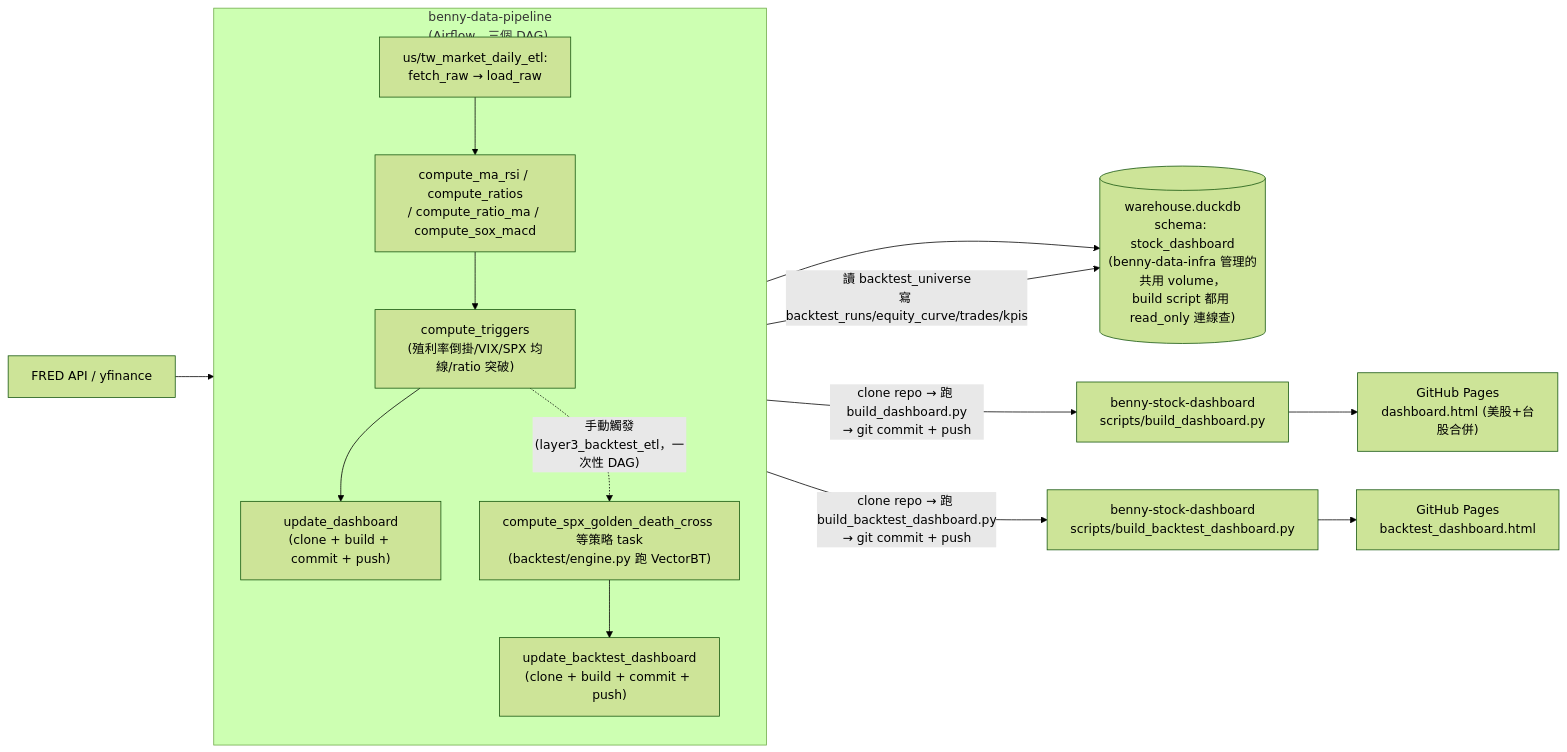
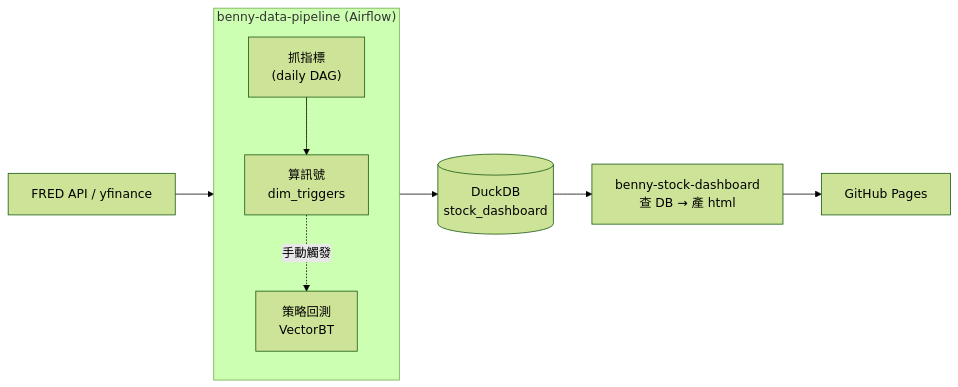
Before and after one commit to Benny0624/benny-stock-dashboard: the diagram in README.md, drawn with Mermaid (forest theme). The commit also changed other lines of this file, not shown here.

````diff
--- a/README.md
+++ b/README.md
@@ -47,18 +120,12 @@
 ```mermaid
 flowchart LR
-    API["FRED API / yfinance"] --> DAG
-    subgraph DAG["benny-data-pipeline<br/>(Airflow，三個 DAG)"]
+    Src["FRED API / yfinance"] --> Pipe
+    subgraph Pipe["benny-data-pipeline (Airflow)"]
         direction TB
-        Fetch["us/tw_market_daily_etl:<br/>fetch_raw → load_raw"] --> Silver["compute_ma_rsi / compute_ratios<br/>/ compute_ratio_ma / compute_sox_macd"]
-        Silver --> Triggers["compute_triggers<br/>(殖利率倒掛/VIX/SPX 均線/ratio 突破)"]
-        Triggers --> UpdateDash["update_dashboard<br/>(clone + build + commit + push)"]
-        Triggers -.->|"手動觸發<br/>(layer3_backtest_etl，一次性 DAG)"| Backtest["compute_spx_golden_death_cross 等策略 task<br/>(backtest/engine.py 跑 VectorBT)"]
-        Backtest --> UpdateBacktestDash["update_backtest_dashboard<br/>(clone + build + commit + push)"]
+        A["抓指標<br/>(daily DAG)"] --> B["算訊號<br/>dim_triggers"]
+        B -.->|手動觸發| C["策略回測<br/>VectorBT"]
     end
-    UpdateDash --> DuckDB[("warehouse.duckdb<br/>schema: stock_dashboard<br/>(benny-data-infra 管理的共用 volume，<br/>build script 都用 read_only 連線查)")]
-    Backtest -->|"讀 backtest_universe<br/>寫 backtest_runs/equity_curve/trades/kpis"| DuckDB
-    UpdateDash -- "clone repo → 跑 build_dashboard.py<br/>→ git commit + push" --> Build["benny-stock-dashboard<br/>scripts/build_dashboard.py"]
-    Build --> Pages["GitHub Pages<br/>dashboard.html (美股+台股合併)"]
-    UpdateBacktestDash -- "clone repo → 跑 build_backtest_dashboard.py<br/>→ git commit + push" --> Build2["benny-stock-dashboard<br/>scripts/build_backtest_dashboard.py"]
-    Build2 --> Pages2["GitHub Pages<br/>backtest_dashboard.html"]
+    Pipe --> DB[("DuckDB<br/>stock_dashboard")]
+    DB --> Dash["benny-stock-dashboard<br/>查 DB → 產 html"]
+    Dash --> Pages["GitHub Pages"]
 ```
````
